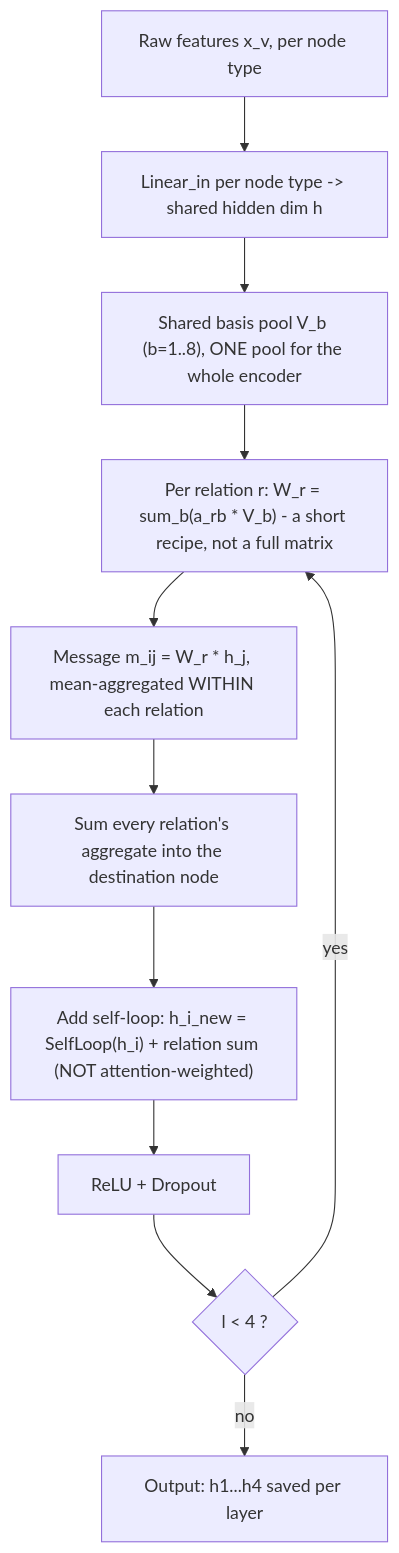
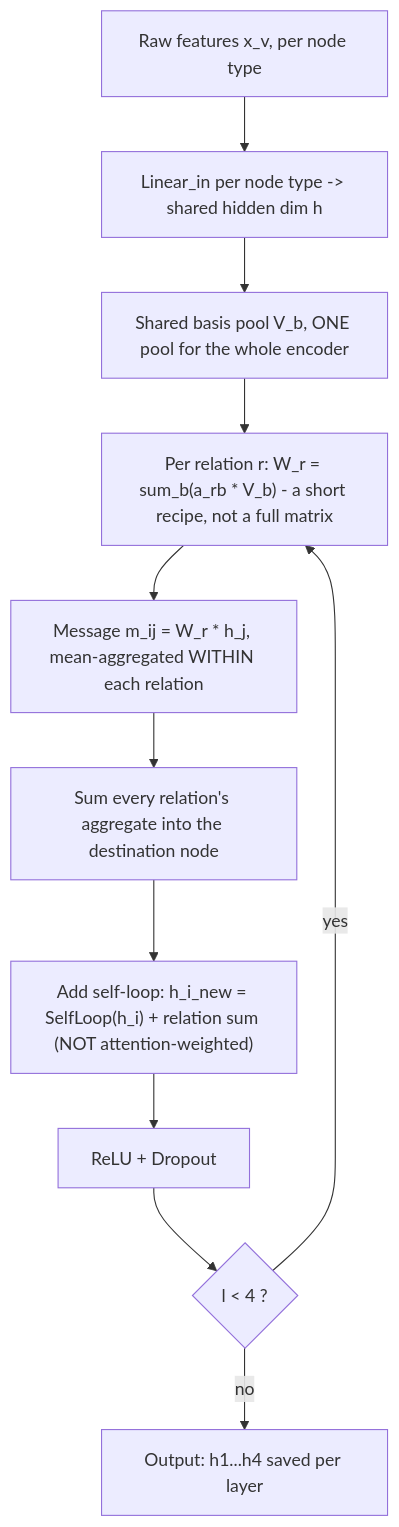
Before and after one commit to murali-ftw/ChainPilot: the fifth of 13 diagrams in reports/info.md, drawn with Mermaid. The commit also changed other lines of this file and 18 other files, not shown here.

````diff
--- a/reports/info.md
+++ b/reports/info.md
@@ -348,13 +300,13 @@
 ```mermaid
 flowchart TD
     A["Raw features x_v, per node type"] --> B["Linear_in per node type -> shared hidden dim h"]
-    B --> C["Shared basis pool V_b (b=1..8), ONE pool for the whole encoder"]
+    B --> C["Shared basis pool V_b, ONE pool for the whole encoder"]
     C --> D["Per relation r: W_r = sum_b(a_rb * V_b) - a short recipe, not a full matrix"]
     D --> E["Message m_ij = W_r * h_j, mean-aggregated WITHIN each relation"]
     E --> F["Sum every relation's aggregate into the destination node"]
     F --> G["Add self-loop: h_i_new = SelfLoop(h_i) + relation sum (NOT attention-weighted)"]
     G --> H["ReLU + Dropout"]
     H --> I{"l < 4 ?"}
     I -->|yes| D
     I -->|no| J["Output: h1...h4 saved per layer"]
 ```
````
